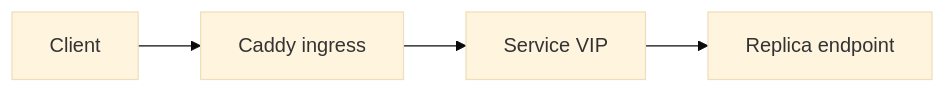
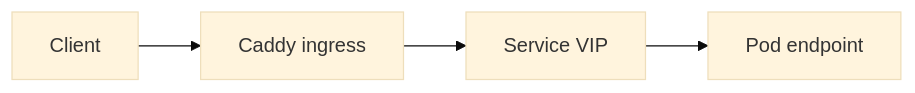
Before and after one commit to the-cm-collective/k1s: the first of 4 diagrams in docs/concepts-in-practice/06-ingress-service-exposure.md, drawn with Mermaid (base theme). The commit also changed other lines of this file and 91 other files, not shown here.

````diff
--- a/docs/concepts-in-practice/06-ingress-service-exposure.md
+++ b/docs/concepts-in-practice/06-ingress-service-exposure.md
@@ -6,6 +6,6 @@
 ```mermaid
 flowchart LR
   Client[Client] --> Ingress[Caddy ingress]
   Ingress --> ServiceVIP[Service VIP]
-  ServiceVIP --> Pod[Replica endpoint]
+  ServiceVIP --> Pod[Pod endpoint]
 ```
````
